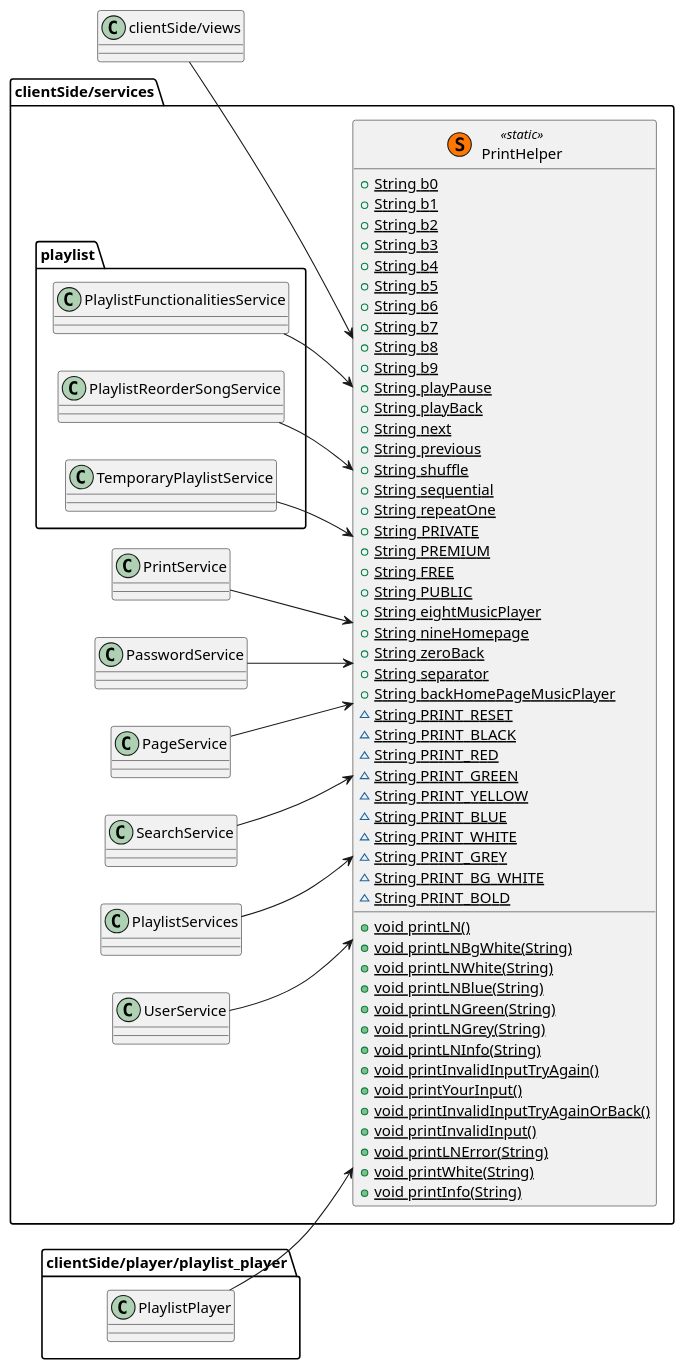
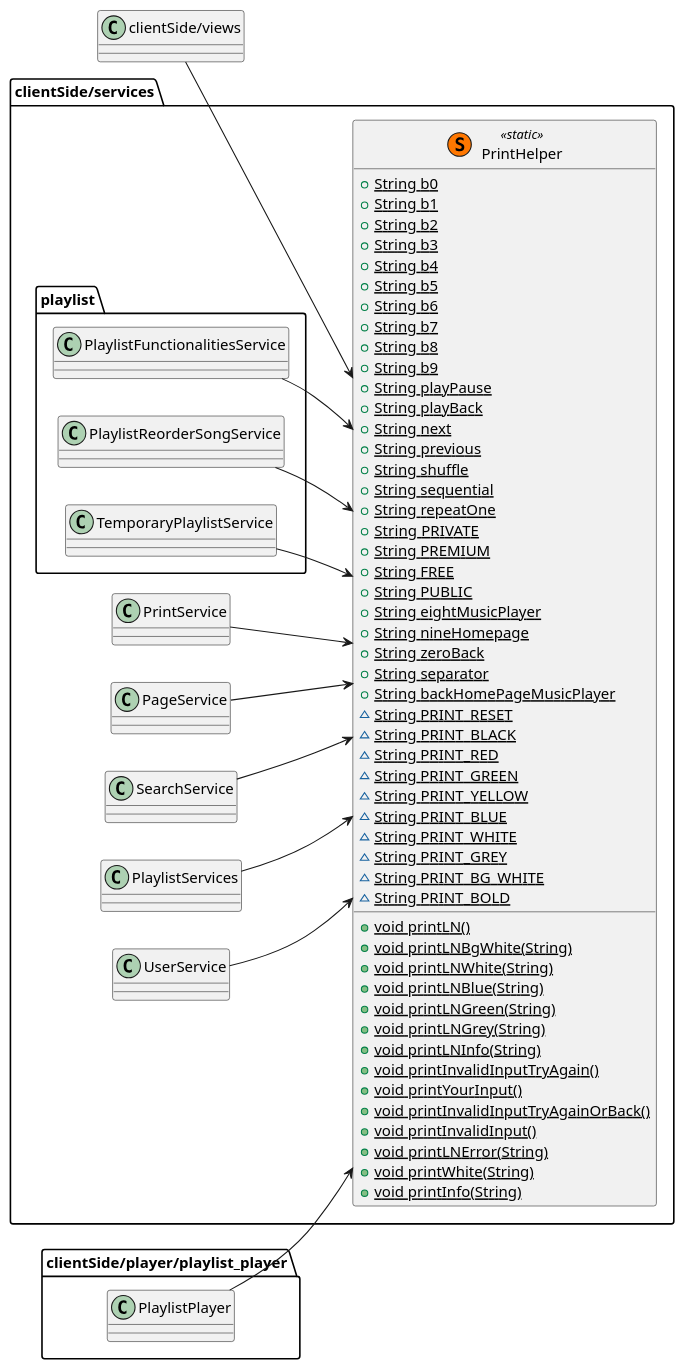
The diagram in Diagrams/classDiagrams/clientSide/PrintHelper.puml (marionrossier/MiniSpotify), drawn with PlantUML before and after one commit. The commit also changed 8 other files, not shown here.

Commit message:
refactor: rename PasswordService to PasswordGenerator and integrate AuthentificationService into ToolBoxView

```diff
--- a/Diagrams/classDiagrams/clientSide/PrintHelper.puml
+++ b/Diagrams/classDiagrams/clientSide/PrintHelper.puml
@@ -1,67 +1,66 @@
 @startuml
 left to right direction
 class clientSide/services.PrintHelper << (S, #FF7700) static >>{
 + {static} String b0
 + {static} String b1
 + {static} String b2
 + {static} String b3
 + {static} String b4
 + {static} String b5
 + {static} String b6
 + {static} String b7
 + {static} String b8
 + {static} String b9
 + {static} String playPause
 + {static} String playBack
 + {static} String next
 + {static} String previous
 + {static} String shuffle
 + {static} String sequential
 + {static} String repeatOne
 + {static} String PRIVATE
 + {static} String PREMIUM
 + {static} String FREE
 + {static} String PUBLIC
 + {static} String eightMusicPlayer
 + {static} String nineHomepage
 + {static} String zeroBack
 + {static} String separator
 + {static} String backHomePageMusicPlayer
 ~ {static} String PRINT_RESET
 ~ {static} String PRINT_BLACK
 ~ {static} String PRINT_RED
 ~ {static} String PRINT_GREEN
 ~ {static} String PRINT_YELLOW
 ~ {static} String PRINT_BLUE
 ~ {static} String PRINT_WHITE
 ~ {static} String PRINT_GREY
 ~ {static} String PRINT_BG_WHITE
 ~ {static} String PRINT_BOLD
 + {static} void printLN()
 + {static} void printLNBgWhite(String)
 + {static} void printLNWhite(String)
 + {static} void printLNBlue(String)
 + {static} void printLNGreen(String)
 + {static} void printLNGrey(String)
 + {static} void printLNInfo(String)
 + {static} void printInvalidInputTryAgain()
 + {static} void printYourInput()
 + {static} void printInvalidInputTryAgainOrBack()
 + {static} void printInvalidInput()
 + {static} void printLNError(String)
 + {static} void printWhite(String)
 + {static} void printInfo(String)
 }
 
 "clientSide/services.PrintService" --> "clientSide/services.PrintHelper"
-"clientSide/services.PasswordService" --> "clientSide/services.PrintHelper"
 "clientSide/services.PageService" --> "clientSide/services.PrintHelper"
 "clientSide/services.SearchService" --> "clientSide/services.PrintHelper"
 "clientSide/services.PlaylistServices" --> "clientSide/services.PrintHelper"
 "clientSide/services.UserService" --> "clientSide/services.PrintHelper"
 "clientSide/services.playlist.PlaylistFunctionalitiesService" --> "clientSide/services.PrintHelper"
 "clientSide/services.playlist.PlaylistReorderSongService" --> "clientSide/services.PrintHelper"
 "clientSide/services.playlist.TemporaryPlaylistService" --> "clientSide/services.PrintHelper"
 "clientSide/views" --> "clientSide/services.PrintHelper"
 "clientSide/player/playlist_player.PlaylistPlayer" --> "clientSide/services.PrintHelper"
 @enduml
```
